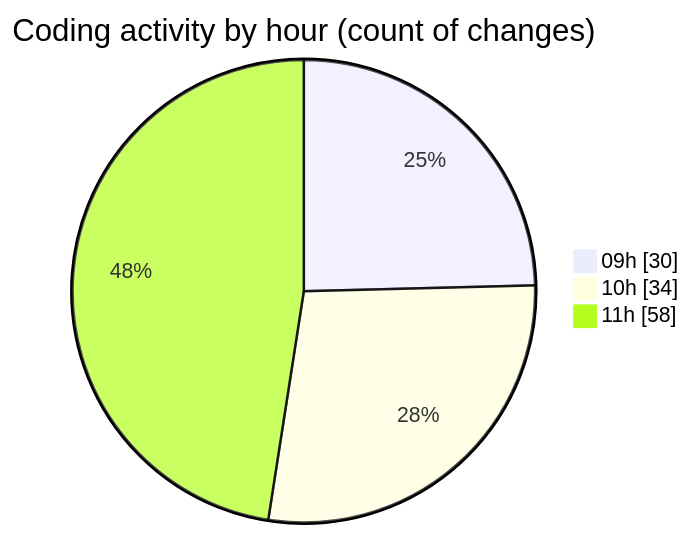
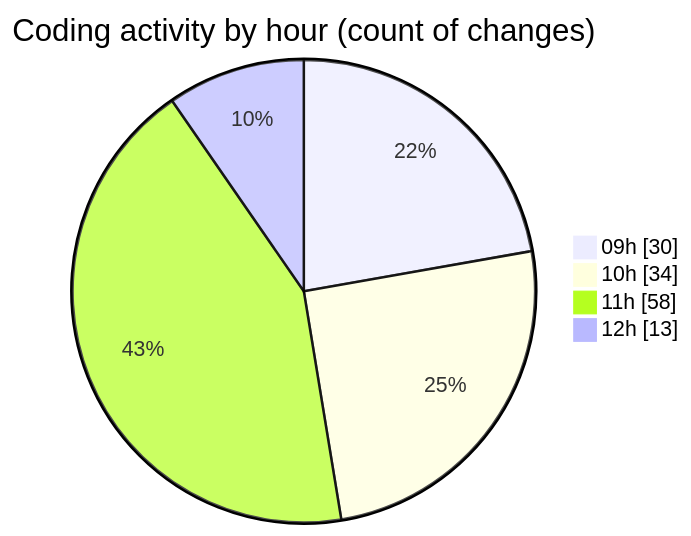
The second of 2 diagrams in 2025-04-02/cda/README.md (momahboobian/code-tracking), drawn with Mermaid before and after one commit. The commit also changed other lines of this file and 1 other file, not shown here.

````diff
--- a/2025-04-02/cda/README.md
+++ b/2025-04-02/cda/README.md
@@ -36,7 +36,8 @@
 ```mermaid
 pie showData
 title Coding activity by hour (count of changes)
 "09h" : 30
 "10h" : 34
 "11h" : 58
+"12h" : 13
 ```
````
